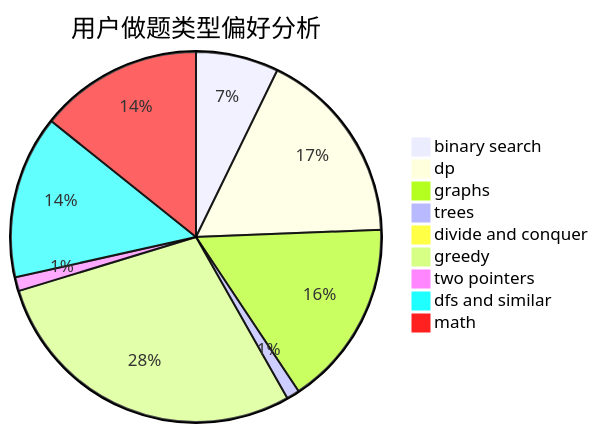
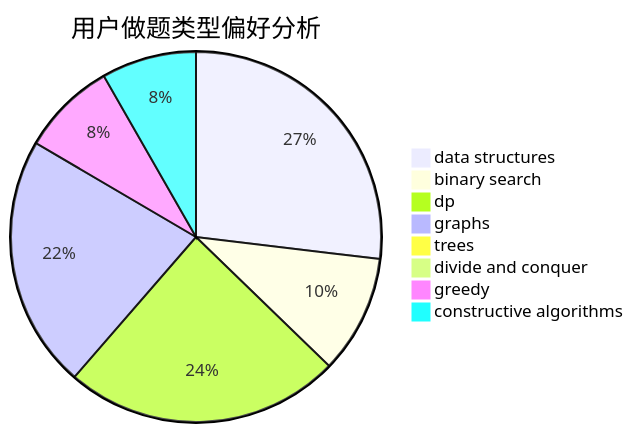
One commit to sherpahu/cfrs.github.io changed the second of 3 diagrams in docs/user/u522.md. Above: the diagram before and after it, drawn with Mermaid. The commit also changed other lines of this file and 2775 other files, not shown here.

````diff
--- a/docs/user/u522.md
+++ b/docs/user/u522.md
@@ -23,12 +23,11 @@
 ```mermaid
 pie title 用户做题类型偏好分析
-    "binary search" :  114
-    "dp" :  271
-    "graphs" :  257
-    "trees" :  18
+    "data structures" :  39
+    "binary search" :  15
+    "dp" :  35
+    "graphs" :  32
+    "trees" :  0
     "divide and conquer" :  0
-    "greedy" :  450
-    "two pointers" :  19
-    "dfs and similar" :  225
-    "math" :  225
+    "greedy" :  12
+    "constructive algorithms" :  12
 ```
````
